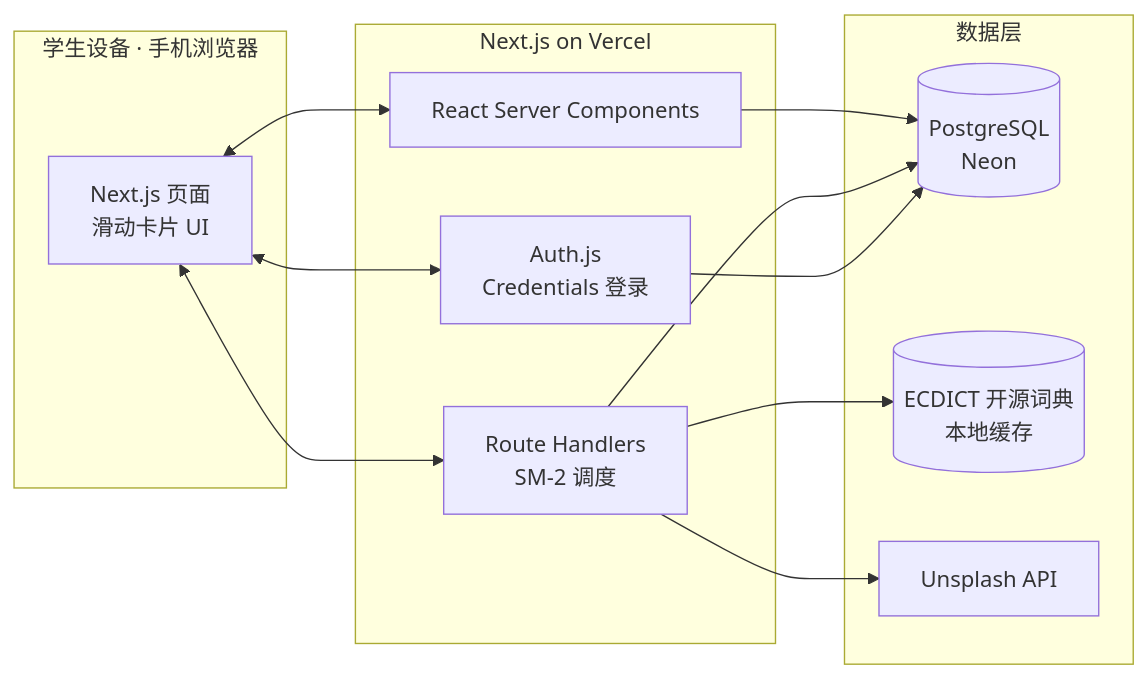
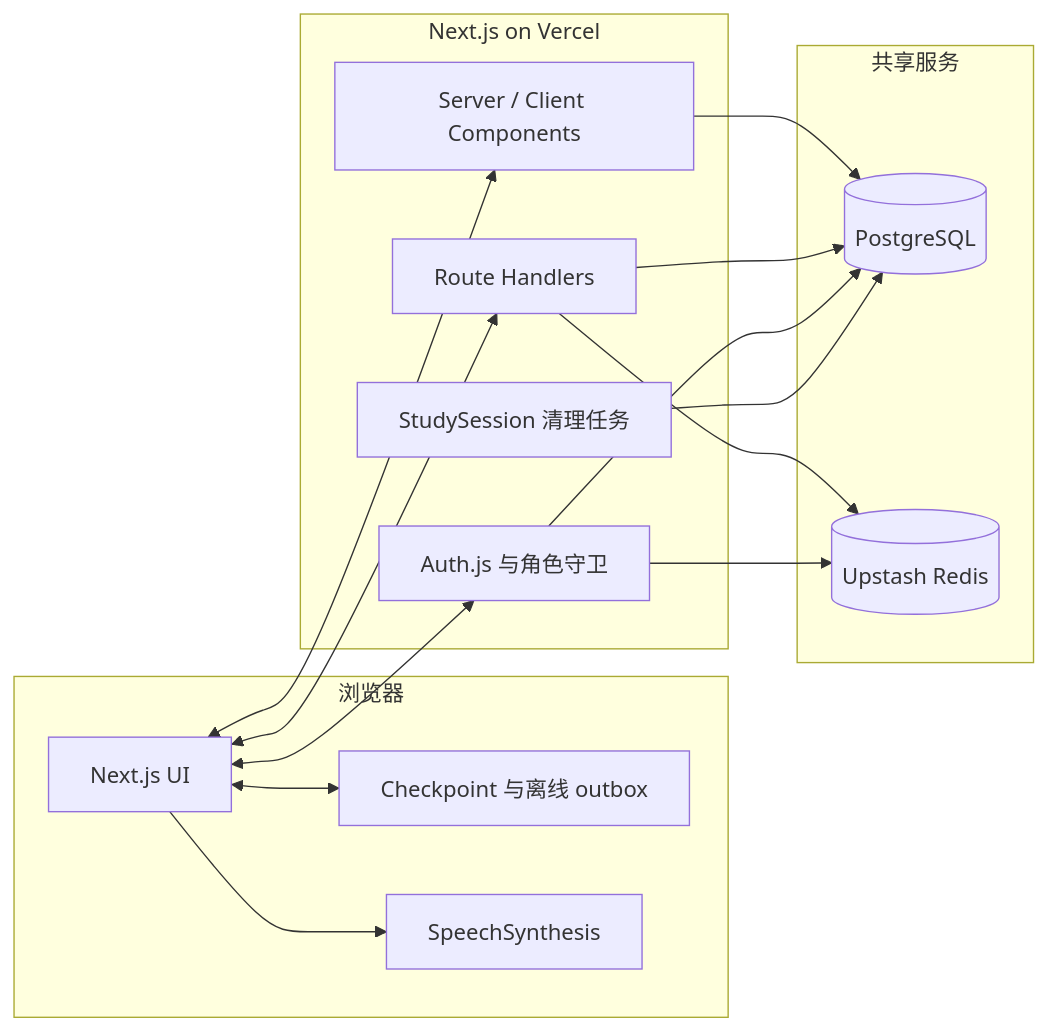
The diagram in PLAN.md (kukateng-cell/English), drawn with Mermaid before and after one commit. The commit also changed other lines of this file and 1 other file, not shown here.

````diff
--- a/PLAN.md
+++ b/PLAN.md
@@ -173,27 +199,32 @@
 ```mermaid
 flowchart LR
-    subgraph Client[学生设备 · 手机浏览器]
-        UI[Next.js 页面<br/>滑动卡片 UI]
+    subgraph Client[浏览器]
+        UI[Next.js UI]
+        Local[Checkpoint 与离线 outbox]
+        Speech[SpeechSynthesis]
     end
 
-    subgraph Server[Next.js on Vercel]
-        RSC[React Server Components]
-        API[Route Handlers<br/>SM-2 调度]
-        Auth[Auth.js<br/>Credentials 登录]
+    subgraph App[Next.js on Vercel]
+        Pages[Server / Client Components]
+        API[Route Handlers]
+        Auth[Auth.js 与角色守卫]
+        Cron[StudySession 清理任务]
     end
 
-    subgraph Data[数据层]
-        PG[(PostgreSQL<br/>Neon)]
-        ECDICT[(ECDICT 开源词典<br/>本地缓存)]
-        Unsplash[Unsplash API]
+    subgraph Data[共享服务]
+        PG[(PostgreSQL)]
+        Redis[(Upstash Redis)]
     end
 
-    UI <--> RSC
+    UI <--> Pages
     UI <--> API
     UI <--> Auth
-    RSC --> PG
+    UI <--> Local
+    UI --> Speech
+    Pages --> PG
     API --> PG
-    API --> ECDICT
-    API --> Unsplash
+    API --> Redis
     Auth --> PG
+    Auth --> Redis
+    Cron --> PG
 ```
````
